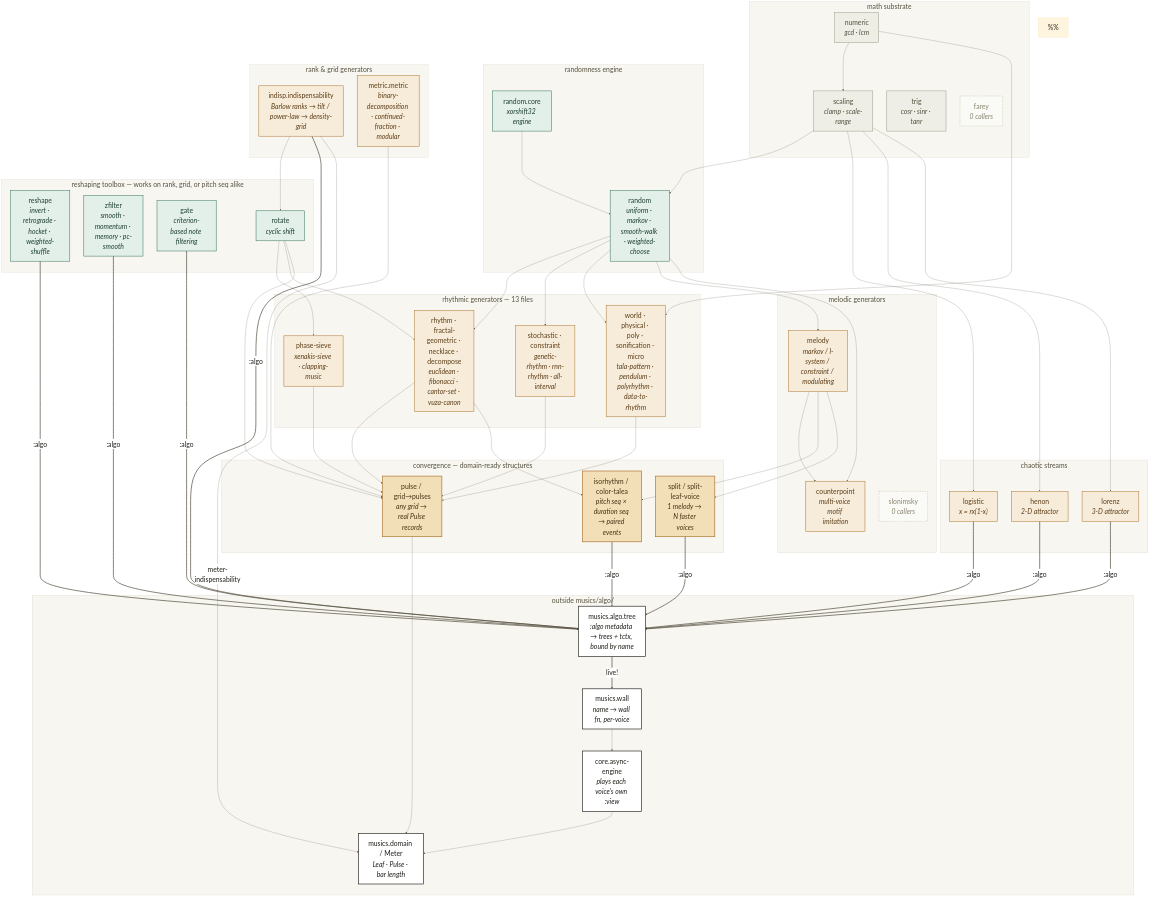
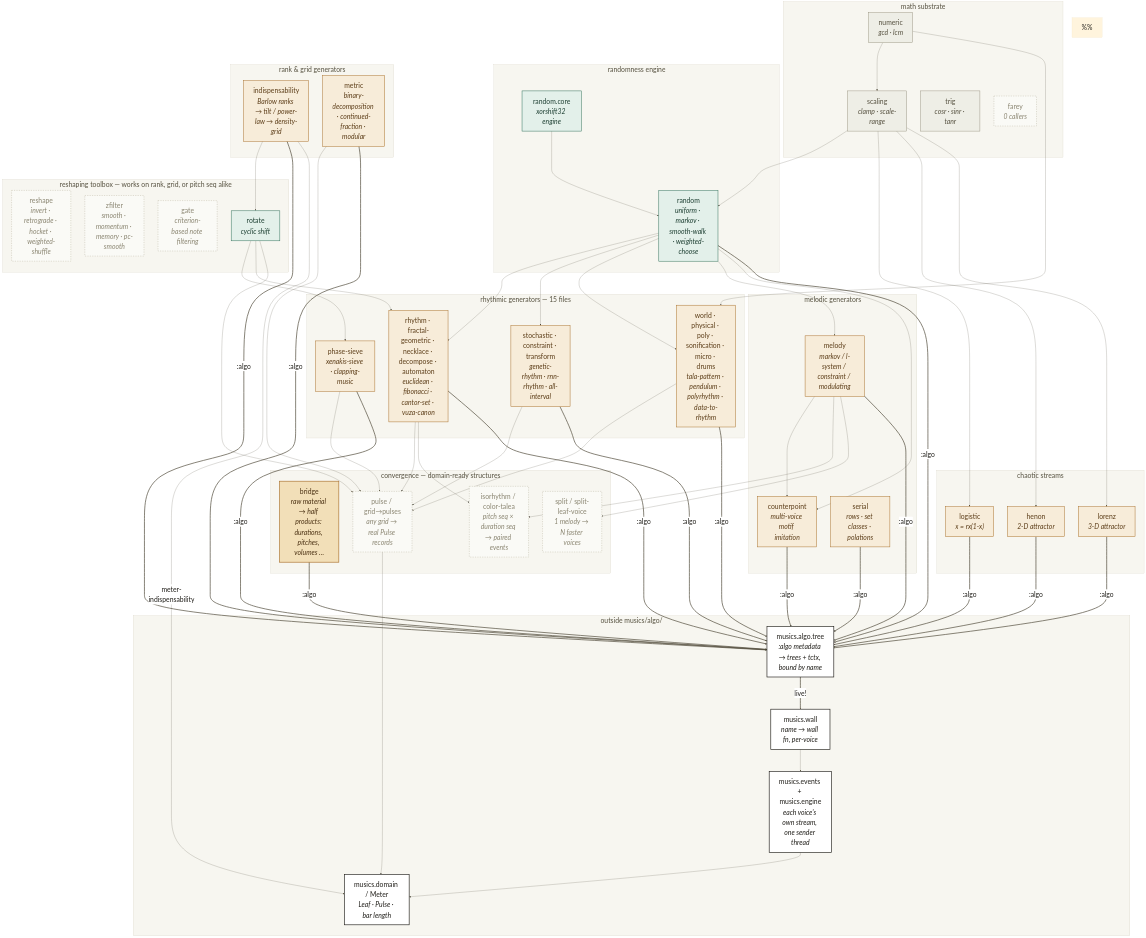
Before and after one commit to gebdevalk/musics: the diagram in doc/md/algo-signal-chains.mmd, drawn with Mermaid. The commit also changed 13 other files, not shown here.

```diff
--- a/doc/md/algo-signal-chains.mmd
+++ b/doc/md/algo-signal-chains.mmd
@@ -1,140 +1,143 @@
 %%{init: {'theme': 'base', 'themeVariables': {'fontSize': '34px', 'fontFamily': 'Helvetica, Arial, sans-serif', 'lineColor': '#55503f', 'edgeLabelBackground': '#ffffff', 'textColor': '#201e19', 'primaryTextColor': '#201e19'}, 'flowchart': {'nodeSpacing': 70, 'rankSpacing': 110, 'padding': 24, 'htmlLabels': true}} }%%
 flowchart TB
     %% algo-signal-chains.mmd -- a map of how musics/algo/'s generative modules
     %% can feed one another (ranks, grids, pitch sequences, chaotic
-    %% streams) on the way into musics.wall/core.async-engine and the real
+    %% streams) on the way into musics.wall/musics.engine and the real
     %% domain model. Solid edges are real code dependencies or already-
     %% tested chains; thick edges mark a module's fns carrying :algo
     %% metadata, composed into an musics.algo.tree tree, bound by name into
-    %% musics.wall for live playback. Surveyed against the real musics/algo/ :require
+    %% musics.wall for live playback. Dashed boxes are loaded only by
+    %% tests (doc/md/namespace.md, "Unreached"). Surveyed against the real musics/algo/ :require
     %% graph, not reasoned from memory -- see doc/md/decisions.md if this
     %% drifts from the code later.
     %%
     %% Regenerate (A3-landscape print pair), from the repo root:
     %%   npx -y @mermaid-js/mermaid-cli -i doc/md/algo-signal-chains.mmd \
     %%     -o /tmp/diagram.png -b '#ffffff' -w 4960 --scale 1
     %%   (wrap diagram.png in an SVG sized width="420mm" height="297mm",
     %%    convert with `mutool convert`, then `mutool poster -x 2 -y 1`
     %%    to split into two A4-portrait pages for a printer with no A3 tray)
     classDef math fill:#eeeee6,stroke:#8a8571,color:#55503f,stroke-width:2px
     classDef rng fill:#e3f0ea,stroke:#2e6e58,color:#1d3f32,stroke-width:2.4px
     classDef gen fill:#f7ecd9,stroke:#a9702b,color:#5c3d18,stroke-width:2.4px
     classDef tool fill:#e3f0ea,stroke:#2e6e58,color:#1d3f32,stroke-width:2.4px
     classDef conv fill:#f2dfb8,stroke:#a9702b,color:#4a3012,stroke-width:3.2px
     classDef engine fill:#ffffff,stroke:#201e19,color:#201e19,stroke-width:3.2px
     classDef dormant fill:#fafaf6,stroke:#b5b09c,color:#8a8571,stroke-dasharray: 6 6,stroke-width:2px
 
     subgraph MATH[" math substrate "]
         NUM["numeric<br/><i>gcd · lcm</i>"]
         SCALE["scaling<br/><i>clamp · scale-range</i>"]
         TRIG["trig<br/><i>cosr · sinr · tanr</i>"]
         FAREY["farey<br/><i>0 callers</i>"]:::dormant
     end
 
     subgraph RNG[" randomness engine "]
         RCORE["random.core<br/><i>xorshift32 engine</i>"]
         RAND["random<br/><i>uniform · markov · smooth-walk · weighted-choose</i>"]
     end
 
     subgraph RANK[" rank &amp; grid generators "]
-        INDISP["indisp.indispensability<br/><i>Barlow ranks → tilt / power-law → density-grid</i>"]
-        METRIC["metric.metric<br/><i>binary-decomposition · continued-fraction · modular</i>"]
+        INDISP["indispensability<br/><i>Barlow ranks → tilt / power-law → density-grid</i>"]
+        METRIC["metric<br/><i>binary-decomposition · continued-fraction · modular</i>"]
     end
 
-    subgraph RHYTHM[" rhythmic generators — 13 files "]
-        EUCLID["rhythm · fractal-geometric · necklace · decompose<br/><i>euclidean · fibonacci · cantor-set · vuza-canon</i>"]
+    subgraph RHYTHM[" rhythmic generators — 15 files "]
+        EUCLID["rhythm · fractal-geometric · necklace · decompose · automaton<br/><i>euclidean · fibonacci · cantor-set · vuza-canon</i>"]
         SIEVE["phase-sieve<br/><i>xenakis-sieve · clapping-music</i>"]
-        STOCH["stochastic · constraint<br/><i>genetic-rhythm · rnn-rhythm · all-interval</i>"]
-        WORLDF["world · physical · poly · sonification · micro<br/><i>tala-pattern · pendulum · polyrhythm · data-to-rhythm</i>"]
+        STOCH["stochastic · constraint · transform<br/><i>genetic-rhythm · rnn-rhythm · all-interval</i>"]
+        WORLDF["world · physical · poly · sonification · micro · drums<br/><i>tala-pattern · pendulum · polyrhythm · data-to-rhythm</i>"]
     end
 
     subgraph MELODIC[" melodic generators "]
         MELODY["melody<br/><i>markov / l-system / constraint / modulating</i>"]
         CPOINT["counterpoint<br/><i>multi-voice motif imitation</i>"]
-        SLON["slonimsky<br/><i>0 callers</i>"]:::dormant
+        SERIAL["serial<br/><i>rows · set classes · polations</i>"]
     end
 
     subgraph CHAOS[" chaotic streams "]
         LOGIS["logistic<br/><i>x = rx(1-x)</i>"]
         HENON["henon<br/><i>2-D attractor</i>"]
         LOREN["lorenz<br/><i>3-D attractor</i>"]
     end
 
     subgraph TOOLBOX[" reshaping toolbox — works on rank, grid, or pitch seq alike "]
         RESHAPE["reshape<br/><i>invert · retrograde · hocket · weighted-shuffle</i>"]
         ZFILT["zfilter<br/><i>smooth · momentum · memory · pc-smooth</i>"]
         GATE["gate<br/><i>criterion-based note filtering</i>"]
         ROTATE["rotate<br/><i>cyclic shift</i>"]
     end
 
     subgraph CONVERGE[" convergence — domain-ready structures "]
+        BRIDGE["bridge<br/><i>raw material → half products: durations, pitches, volumes …</i>"]
         PULSE["pulse / grid→pulses<br/><i>any grid → real Pulse records</i>"]
         ISO["isorhythm / color-talea<br/><i>pitch seq × duration seq → paired events</i>"]
         SPLIT["split / split-leaf-voice<br/><i>1 melody → N faster voices</i>"]
     end
 
     subgraph ENGINE[" outside musics/algo/ "]
         TREE["musics.algo.tree<br/><i>:algo metadata → trees + tctx, bound by name</i>"]
         WALL["musics.wall<br/><i>name → wall fn, per-voice</i>"]
-        ASYNC["core.async-engine<br/><i>plays each voice's own :view</i>"]
+        ASYNC["musics.events + musics.engine<br/><i>each voice's own stream, one sender thread</i>"]
         DOMAIN["musics.domain / Meter<br/><i>Leaf · Pulse · bar length</i>"]
     end
 
     style MATH fill:#f7f6f0,stroke:#c9c3ae,color:#55503f
     style RNG fill:#f7f6f0,stroke:#c9c3ae,color:#55503f
     style RANK fill:#f7f6f0,stroke:#c9c3ae,color:#55503f
     style RHYTHM fill:#f7f6f0,stroke:#c9c3ae,color:#55503f
     style MELODIC fill:#f7f6f0,stroke:#c9c3ae,color:#55503f
     style CHAOS fill:#f7f6f0,stroke:#c9c3ae,color:#55503f
     style TOOLBOX fill:#f7f6f0,stroke:#c9c3ae,color:#55503f
     style CONVERGE fill:#f7f6f0,stroke:#c9c3ae,color:#55503f
     style ENGINE fill:#f7f6f0,stroke:#c9c3ae,color:#55503f
 
     class NUM,SCALE,TRIG math
     class RCORE,RAND rng
     class INDISP,METRIC gen
     class EUCLID,SIEVE,STOCH,WORLDF gen
-    class MELODY,CPOINT gen
+    class MELODY,CPOINT,SERIAL gen
     class LOGIS,HENON,LOREN gen
-    class RESHAPE,ZFILT,GATE,ROTATE tool
-    class PULSE,ISO,SPLIT conv
+    class ROTATE tool
+    class BRIDGE conv
+    class RESHAPE,ZFILT,GATE,PULSE,ISO,SPLIT dormant
     class TREE,WALL,ASYNC,DOMAIN engine
 
     NUM --> SCALE
     RCORE --> RAND
     SCALE --> RAND
 
     RAND --> EUCLID
     RAND --> STOCH
     RAND --> WORLDF
     ROTATE --> SIEVE
     ROTATE --> EUCLID
     NUM --> WORLDF
 
     RAND --> MELODY
     RAND --> CPOINT
     MELODY --> CPOINT
 
     SCALE --> LOGIS
     SCALE --> HENON
     SCALE --> LOREN
 
     INDISP --> ROTATE
     ROTATE --> PULSE
     METRIC --> PULSE
     EUCLID --> PULSE
     STOCH --> PULSE
     WORLDF --> PULSE
     SIEVE --> PULSE
 
     MELODY --> ISO
     EUCLID --> ISO
     MELODY --> SPLIT
 
-    GATE & RESHAPE & ZFILT & LOGIS & HENON & LOREN & ISO & SPLIT & INDISP ==>|":algo"| TREE
+    INDISP & METRIC & RAND & EUCLID & SIEVE & STOCH & WORLDF & MELODY & CPOINT & SERIAL & LOGIS & HENON & LOREN & BRIDGE ==>|":algo"| TREE
     TREE ==>|"live!"| WALL
 
     PULSE --> DOMAIN
     WALL --> ASYNC
     ASYNC --> DOMAIN
     INDISP -->|"meter-indispensability"| DOMAIN
```
